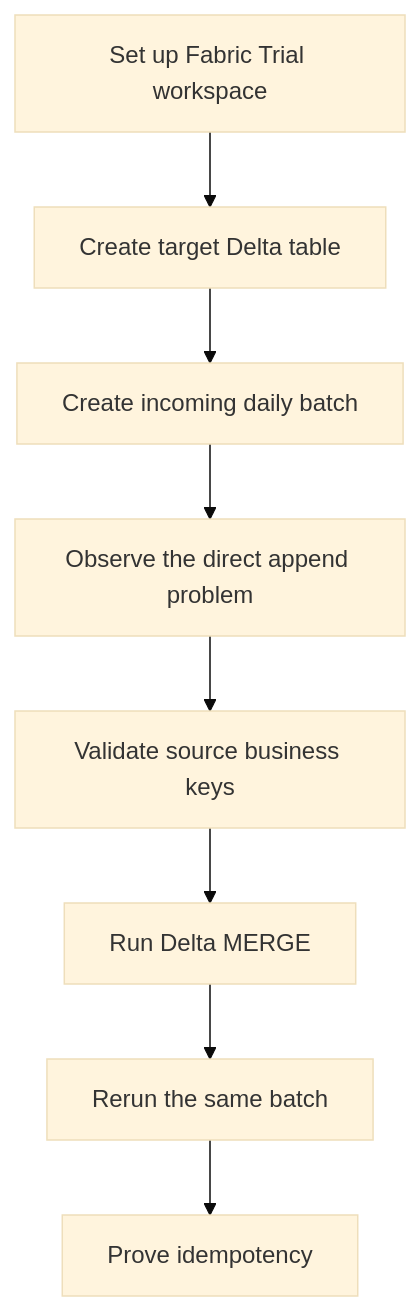
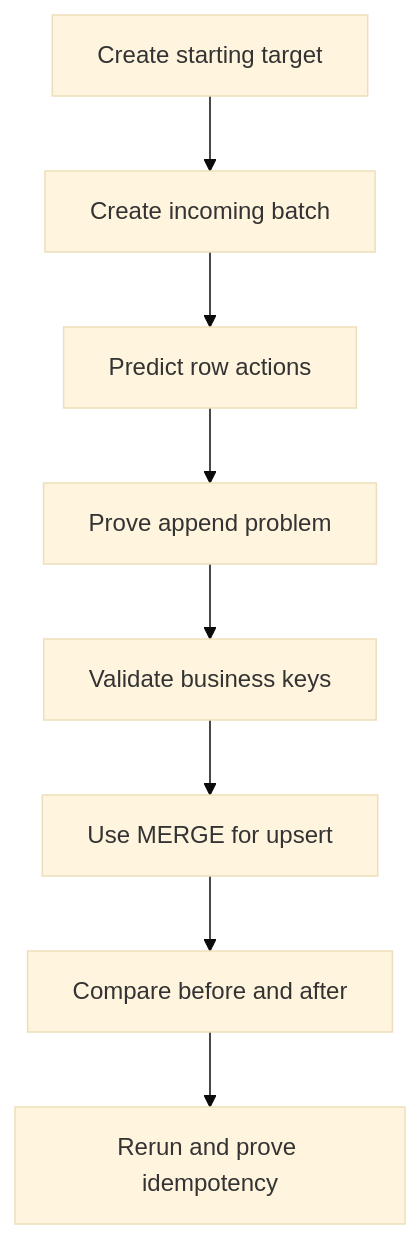
The first of 4 diagrams in Microsoft_Fabric_Session_06_Delta_Merge_and_Idempotent_Incremental_Loads.md (tg117official/microsoft_fabric_preparation), drawn with Mermaid (base theme) before and after one commit. The commit also changed other lines of this file, not shown here.

````diff
--- a/Microsoft_Fabric_Session_06_Delta_Merge_and_Idempotent_Incremental_Loads.md
+++ b/Microsoft_Fabric_Session_06_Delta_Merge_and_Idempotent_Incremental_Loads.md
@@ -7,10 +7,10 @@
 ```mermaid
 flowchart TD
-    A["Set up Fabric Trial workspace"] --> B["Create target Delta table"]
-    B --> C["Create incoming daily batch"]
-    C --> D["Observe the direct append problem"]
-    D --> E["Validate source business keys"]
-    E --> F["Run Delta MERGE"]
-    F --> G["Rerun the same batch"]
-    G --> H["Prove idempotency"]
+    A["Create starting target"] --> B["Create incoming batch"]
+    B --> C["Predict row actions"]
+    C --> D["Prove append problem"]
+    D --> E["Validate business keys"]
+    E --> F["Use MERGE for upsert"]
+    F --> G["Compare before and after"]
+    G --> H["Rerun and prove idempotency"]
 ```
````
